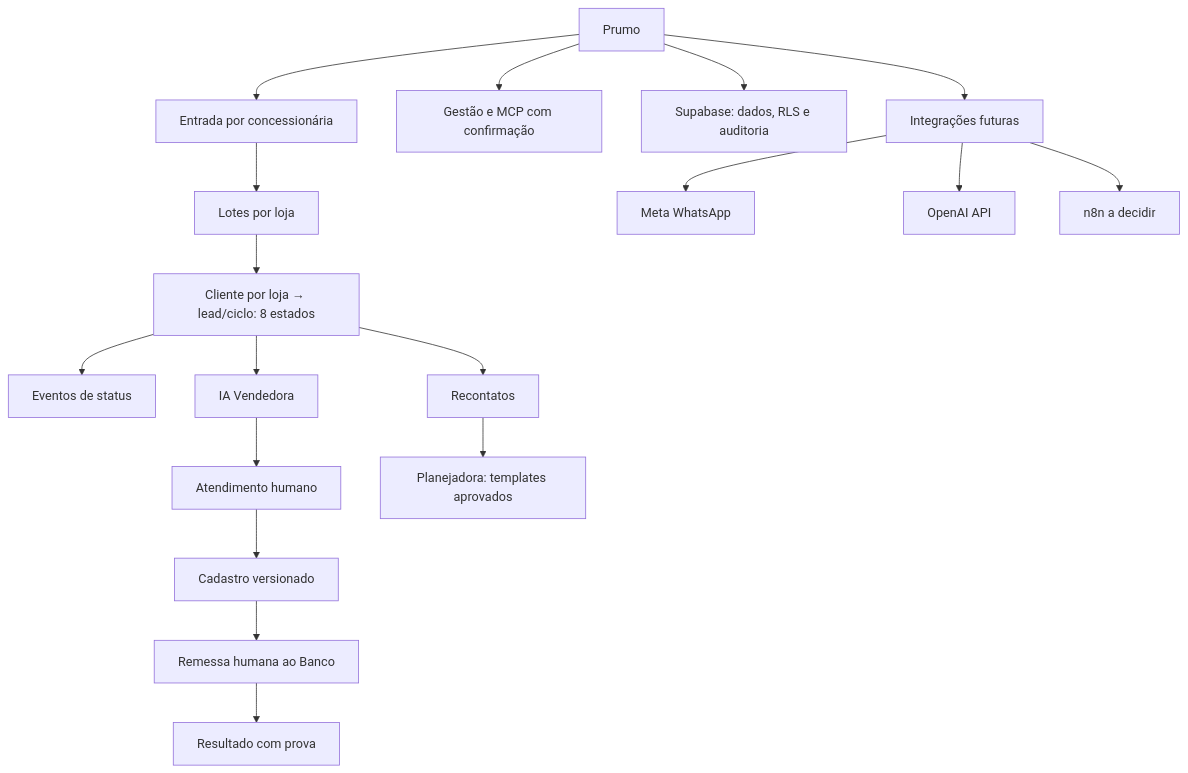
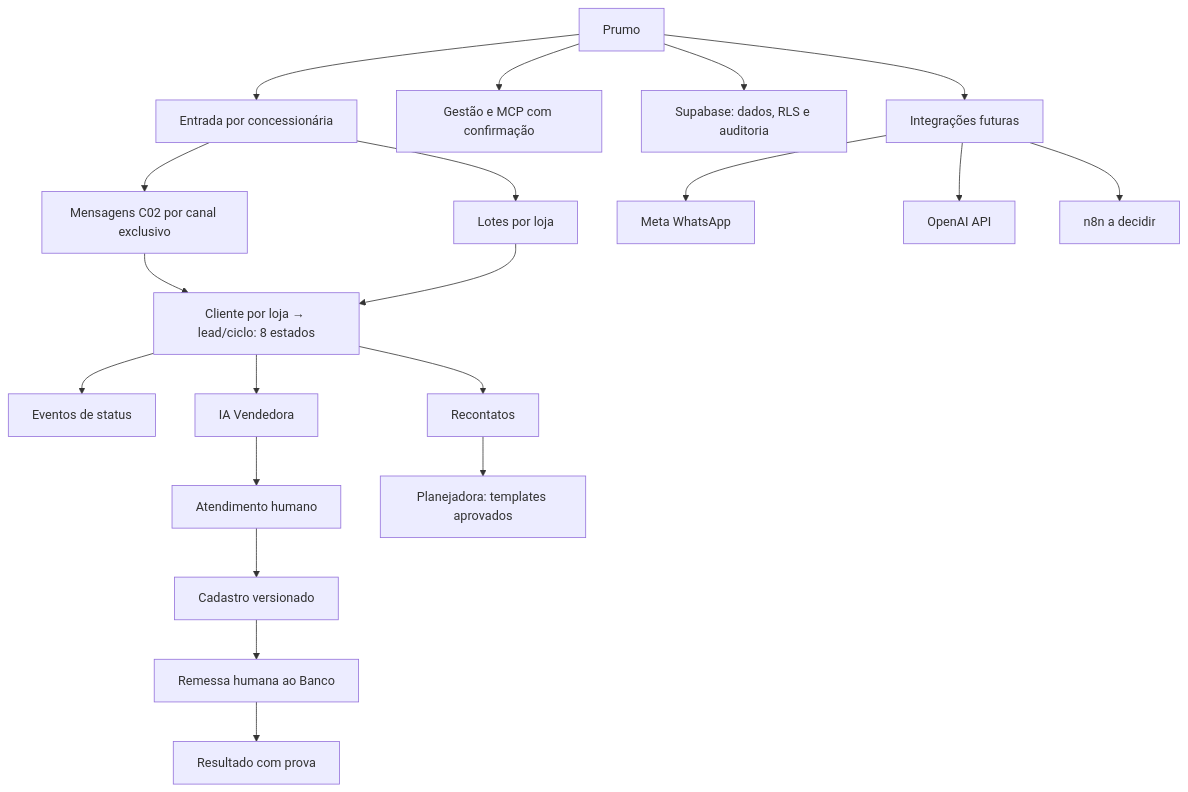
Before and after one commit to prumogrowth/Prumo-Growth-Platform-V2: the diagram in docs/MAPA_MENTAL.md, drawn with Mermaid. The commit also changed other lines of this file, not shown here.

Commit message:
docs(mapa): incluir roteamento C02 ficticio no mapa mental simples

````diff
--- a/docs/MAPA_MENTAL.md
+++ b/docs/MAPA_MENTAL.md
@@ -3,20 +3,22 @@
 ```mermaid
 flowchart TD
   P[Prumo] --> E[Entrada por concessionária]
   E --> IMP[Lotes por loja]
+  E --> INB[Mensagens C02 por canal exclusivo]
+  INB --> L
   IMP --> L[Cliente por loja → lead/ciclo: 8 estados]
   L --> EV[Eventos de status]
   L --> IA[IA Vendedora]
   IA --> H[Atendimento humano]
   H --> CAD[Cadastro versionado]
   CAD --> BAN[Remessa humana ao Banco]
   BAN --> RES[Resultado com prova]
   L --> REC[Recontatos]
   REC --> PLA[Planejadora: templates aprovados]
   P --> ADM[Gestão e MCP com confirmação]
   P --> DB[Supabase: dados, RLS e auditoria]
   P --> INT[Integrações futuras]
   INT --> WA[Meta WhatsApp]
   INT --> OAI[OpenAI API]
   INT --> N[n8n a decidir]
 ```
````
